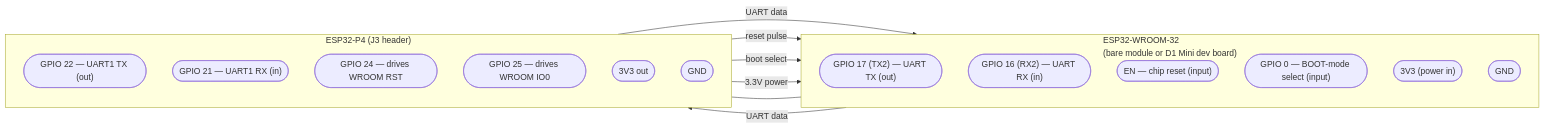
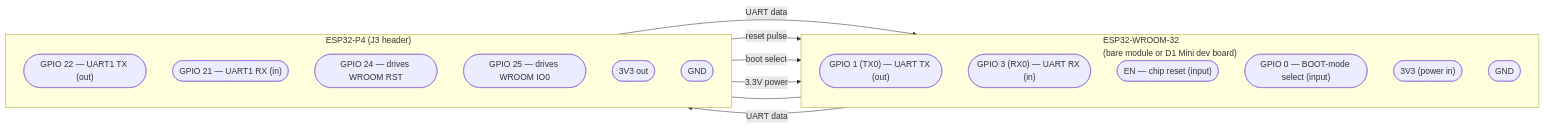
Before and after one commit to LeonMeln/esp32p4-android-auto: the third of 3 diagrams in README.md, drawn with Mermaid. The commit also changed 1 other file, not shown here.

Commit message:
docs: fix WROOM UART pins in wiring diagram to GPIO 1/3 (UART0)
The agent firmware (uart_link.c) runs on UART0 (GPIO 1 TX0 / GPIO 3
RX0), and the ESP32 ROM bootloader esp_serial_flasher targets only
accept downloads on UART0 — so the WROOM side must be GPIO 1/3, not the
stale GPIO 16/17 (TX2/RX2) shown in the Mermaid diagram. Fixed in both
README.md and README.ru.md.

````diff
--- a/README.md
+++ b/README.md
@@ -211,29 +211,29 @@
 ```mermaid
 flowchart LR
     subgraph WROOM["ESP32-WROOM-32<br/>(bare module or D1 Mini dev board)"]
         direction TB
-        W17(["GPIO 17 (TX2) — UART TX (out)"])
-        W16(["GPIO 16 (RX2) — UART RX (in)"])
+        W1(["GPIO 1 (TX0) — UART TX (out)"])
+        W3(["GPIO 3 (RX0) — UART RX (in)"])
         WEN(["EN — chip reset (input)"])
         WIO0(["GPIO 0 — BOOT-mode select (input)"])
         W3V3(["3V3 (power in)"])
         WGND(["GND"])
     end
 
     subgraph P4J3["ESP32-P4 (J3 header)"]
         direction TB
         P22(["GPIO 22 — UART1 TX (out)"])
         P21(["GPIO 21 — UART1 RX (in)"])
         P24(["GPIO 24 — drives WROOM RST"])
         P25(["GPIO 25 — drives WROOM IO0"])
         P3V3(["3V3 out"])
         PGND(["GND"])
     end
 
-    P22 -->|UART data| W16
-    W17 -->|UART data| P21
+    P22 -->|UART data| W3
+    W1 -->|UART data| P21
     P24 -->|reset pulse| WEN
     P25 -->|boot select| WIO0
     P3V3 -->|3.3V power| W3V3
     PGND --- WGND
 ```
````
